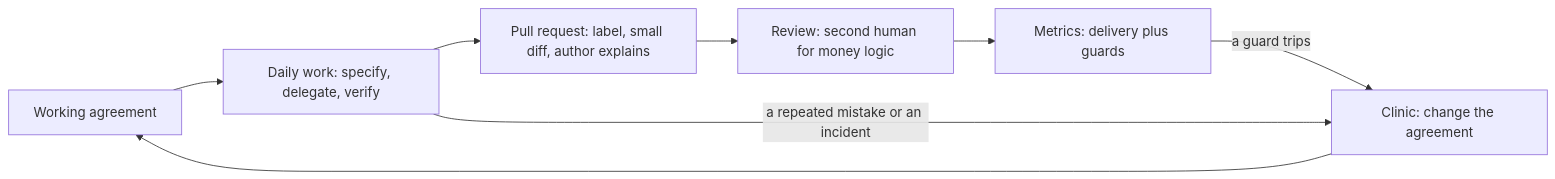
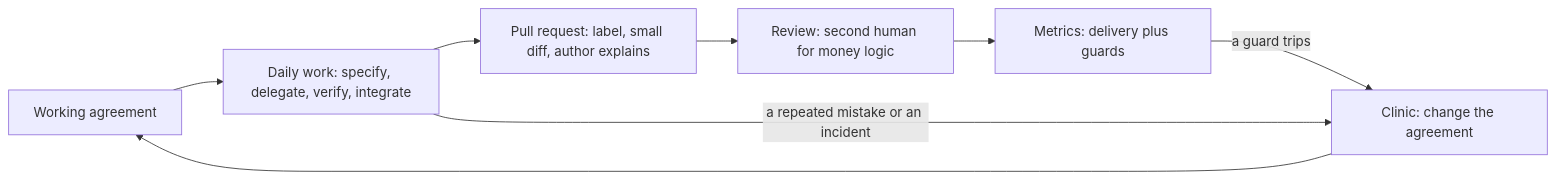
The diagram in ainative/modules/12-teams.md (Tamoura/system-design-for-vibe-coders), drawn with Mermaid before and after one commit. The commit also changed other lines of this file and 50 other files, not shown here.

````diff
--- a/ainative/modules/12-teams.md
+++ b/ainative/modules/12-teams.md
@@ -32,10 +32,10 @@
 ```mermaid
 flowchart LR
-    A["Working agreement"] --> B["Daily work: specify, delegate, verify"]
+    A["Working agreement"] --> B["Daily work: specify, delegate, verify, integrate"]
     B --> C["Pull request: label, small diff, author explains"]
     C --> D["Review: second human for money logic"]
     D --> E["Metrics: delivery plus guards"]
     E -->|"a guard trips"| F["Clinic: change the agreement"]
     B -->|"a repeated mistake or an incident"| F
     F --> A
 ```
````
